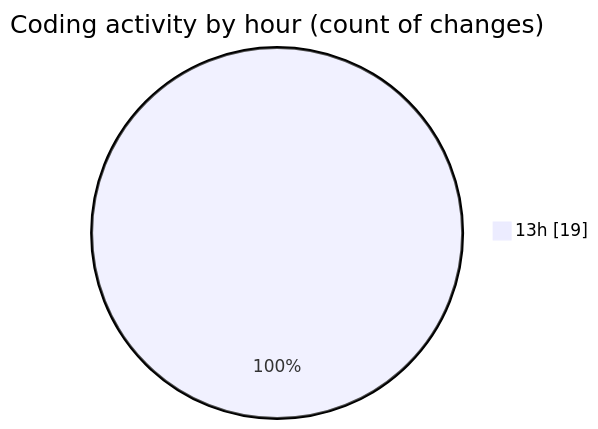
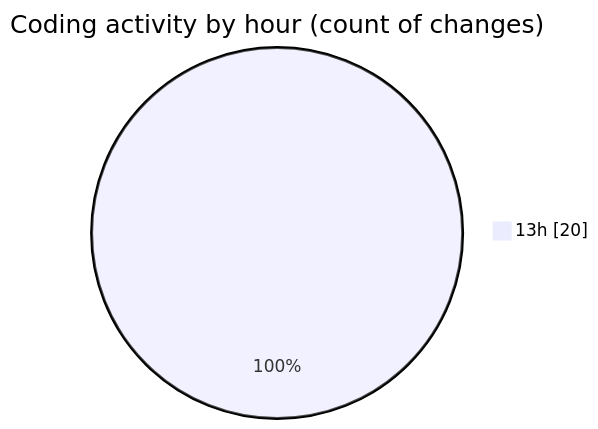
The second of 2 diagrams in 2025-05-26/ecodeli-1/README.md (CELIANVF/code-tracking), drawn with Mermaid before and after one commit. The commit also changed other lines of this file and 1 other file, not shown here.

````diff
--- a/2025-05-26/ecodeli-1/README.md
+++ b/2025-05-26/ecodeli-1/README.md
@@ -36,5 +37,5 @@
 ```mermaid
 pie showData
 title Coding activity by hour (count of changes)
-"13h" : 19
+"13h" : 20
 ```
````
